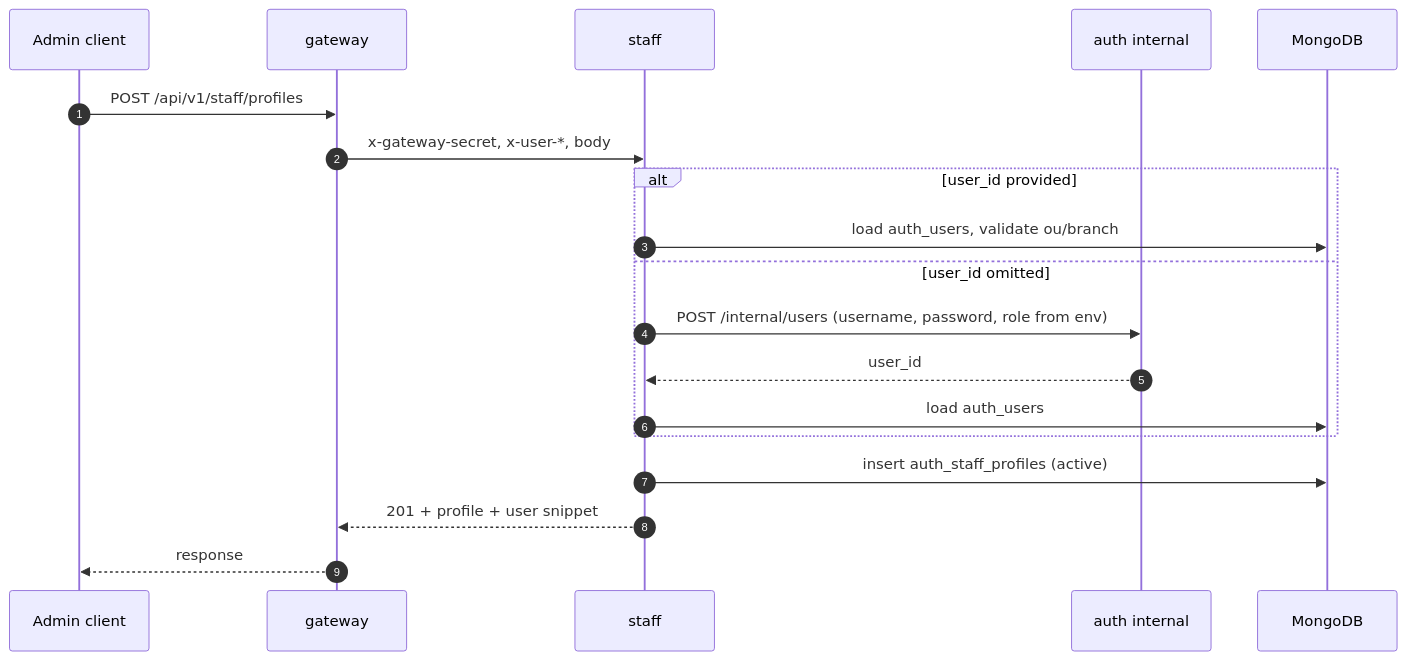
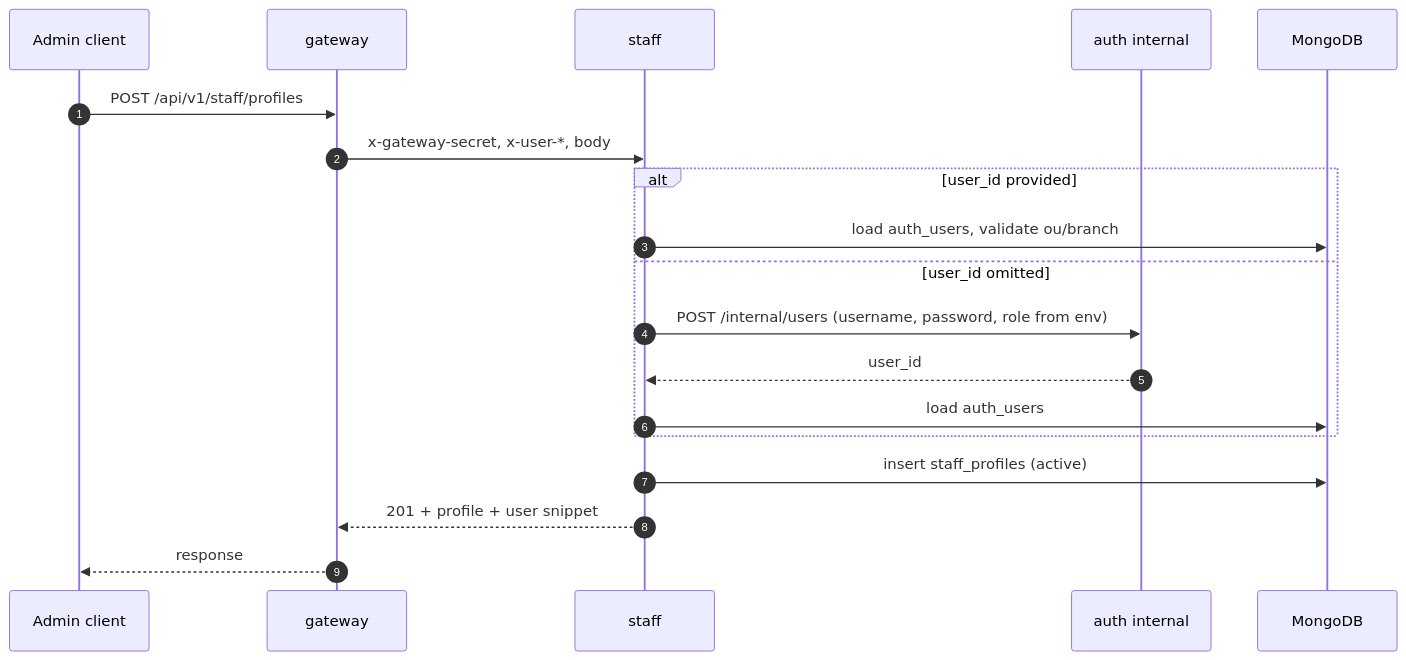
The fourth of 8 diagrams in backend/service/staff/docs/business-domain.md (santanapol/ai-agent-template), drawn with Mermaid before and after one commit. The commit also changed other lines of this file and 303 other files, not shown here.

````diff
--- a/backend/service/staff/docs/business-domain.md
+++ b/backend/service/staff/docs/business-domain.md
@@ -223,22 +223,22 @@
 ```mermaid
 sequenceDiagram
   autonumber
   participant Admin as Admin client
   participant GW as gateway
   participant ST as staff
   participant AU as auth internal
   participant DB as MongoDB
 
   Admin->>GW: POST /api/v1/staff/profiles
   GW->>ST: x-gateway-secret, x-user-*, body
   alt user_id provided
     ST->>DB: load auth_users, validate ou/branch
   else user_id omitted
     ST->>AU: POST /internal/users (username, password, role from env)
     AU-->>ST: user_id
     ST->>DB: load auth_users
   end
-  ST->>DB: insert auth_staff_profiles (active)
+  ST->>DB: insert staff_profiles (active)
   ST-->>GW: 201 + profile + user snippet
   GW-->>Admin: response
 ```
````
